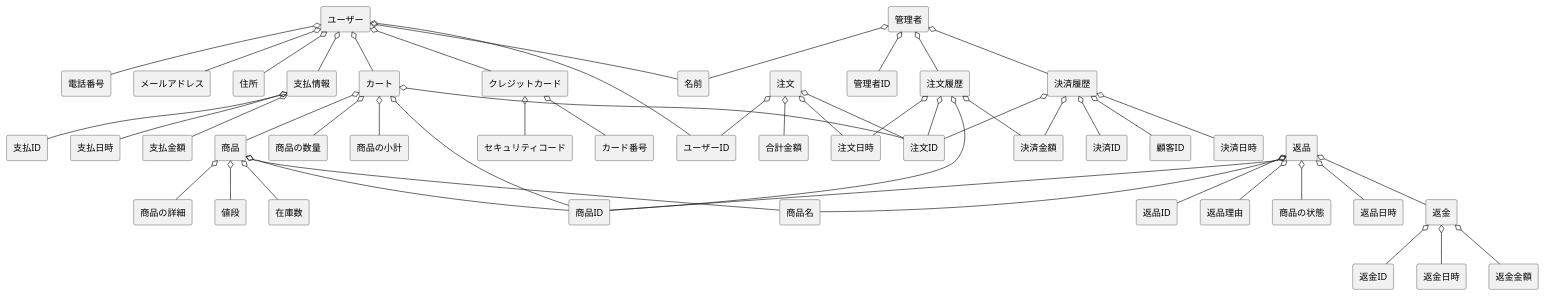
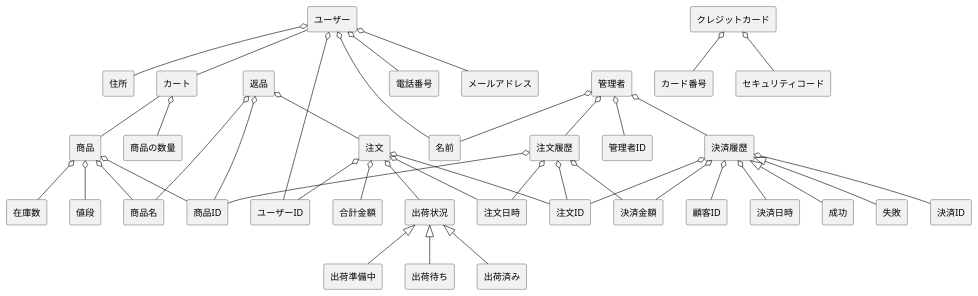
Before and after one commit to syouya2236/ohara_uml: the diagram in group/BBshop/domain.pu, drawn with PlantUML. The commit also changed 1 other file, not shown here.

```diff
--- a/group/BBshop/domain.pu
+++ b/group/BBshop/domain.pu
@@ -1,70 +1,82 @@
 @startuml 注文管理システム
 skinparam componentStyle rectangle
 
 [ユーザー] o-- [ユーザーID]
 [ユーザー] o-- [名前]
 [ユーザー] o-- [電話番号]
 [ユーザー] o-- [メールアドレス]
 [ユーザー] o-- [住所]
-[ユーザー] o-- [クレジットカード]
-[ユーザー] o-- [支払情報]
-[ユーザー] o-- [カート]
+'[ユーザー] o-- [支払情報]
+[ユーザー] -- [カート]
 
 [クレジットカード] o-- [カード番号]
 [クレジットカード] o-- [セキュリティコード]
 
 '[カート] o-- [ユーザーID]
-[カート] o-- [商品]
-[カート] o-- [商品ID]
+[カート] -- [商品]
+'[カート] o-- [商品ID]
 [カート] o-- [商品の数量]
-[カート] o-- [商品の小計]
-[カート] o-- [注文ID]
+'[カート] o-- [商品の小計]
+'[カート] o-- [注文ID]
 
-[支払情報] o-- [支払ID]
-[支払情報] o-- [支払日時]
-[支払情報] o-- [支払金額]
+'[支払情報] o-- [支払ID]
+'[支払情報] o-- [支払日時]
+'[支払情報] o-- [支払金額]
+
+'[配送] o-- [住所]
+'[配送] o-- [配送日時]
+'[配送] o-- [配送状況]
+'[配送状況] <|-- [配達中]
+'[配送状況] <|-- [配達完了]
+'[配送状況] <|-- [不在のため配達できません]
 
 
 
 [管理者] o-- [名前]
 [管理者] o-- [管理者ID]
 [管理者] o-- [決済履歴]
 [管理者] o-- [注文履歴]
 
 [決済履歴] o-- [決済ID]
 [決済履歴] o-- [注文ID]
 [決済履歴] o-- [顧客ID]
 [決済履歴] o-- [決済金額]
 [決済履歴] o-- [決済日時]
-
-
+[決済履歴] <|-- [成功] 
+[決済履歴] <|-- [失敗]
 
 [商品] o-- [商品名]
 [商品] o-- [商品ID]
-[商品] o-- [商品の詳細]
+'[商品] o-- [商品の詳細]
 [商品] o-- [値段]
 [商品] o-- [在庫数]
+'[商品の詳細] <|--
 
 [注文] o-- [注文ID]
 [注文] o-- [ユーザーID]
 [注文] o-- [注文日時]
 [注文] o-- [合計金額]
+'[注文] o-- [クレジットカード]
+[注文] o-- [出荷状況]
+[出荷状況] <|-- [出荷準備中]
+[出荷状況] <|-- [出荷待ち]
+[出荷状況] <|-- [出荷済み]
 
 [注文履歴] o-- [商品ID]
 [注文履歴] o-- [注文ID]
 [注文履歴] o-- [注文日時]
 [注文履歴] o-- [決済金額]
 
-[返品] o-- [返品ID]
+'[返品] o-- [返品ID]
 [返品] o-- [商品ID]
 [返品] o-- [商品名]
-[返品] o-- [返品理由]
-[返品] o-- [商品の状態]
-[返品] o-- [返品日時]
-[返品] o-- [返金]
-
-[返金] o-- [返金ID]
-[返金] o-- [返金日時]
-[返金] o-- [返金金額]
-
+[返品] o-- [注文]
+'[返品] o-- [返品理由]
+'[返品] o-- [商品の状態]
+'[返品] o-- [返品日時]
+'[返品] o-- [返金]
+'[返品] o-- [返金ID]
+'[返品] o-- [返金日時]
+'[返品] o-- [返金金額]
+'
 @enduml
```
